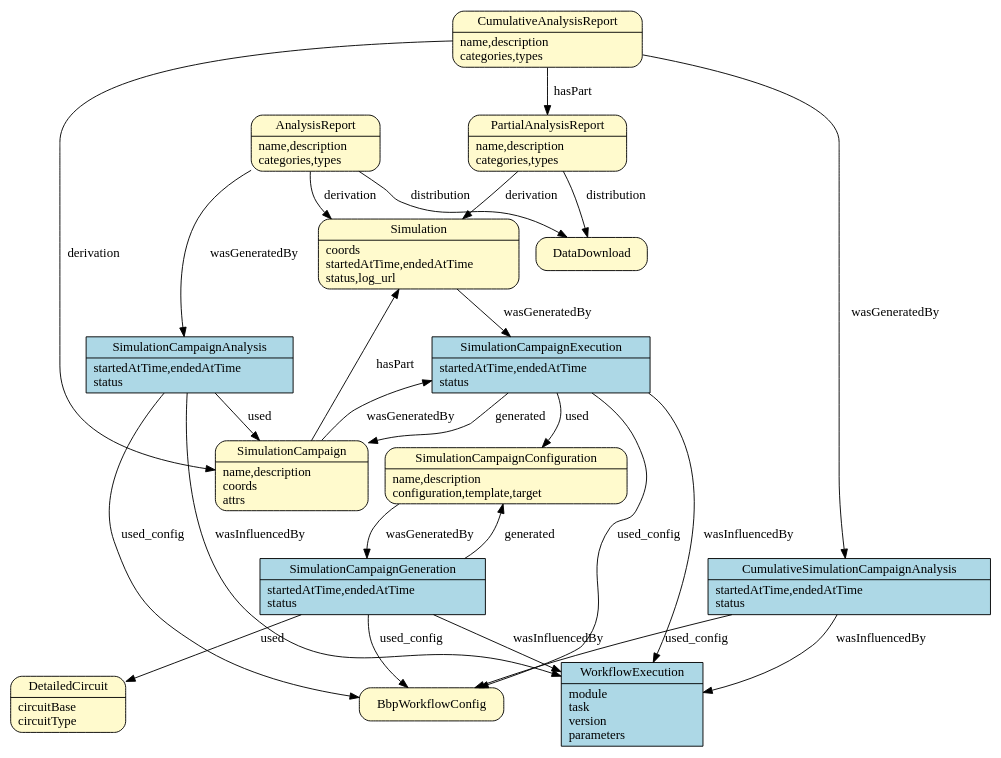
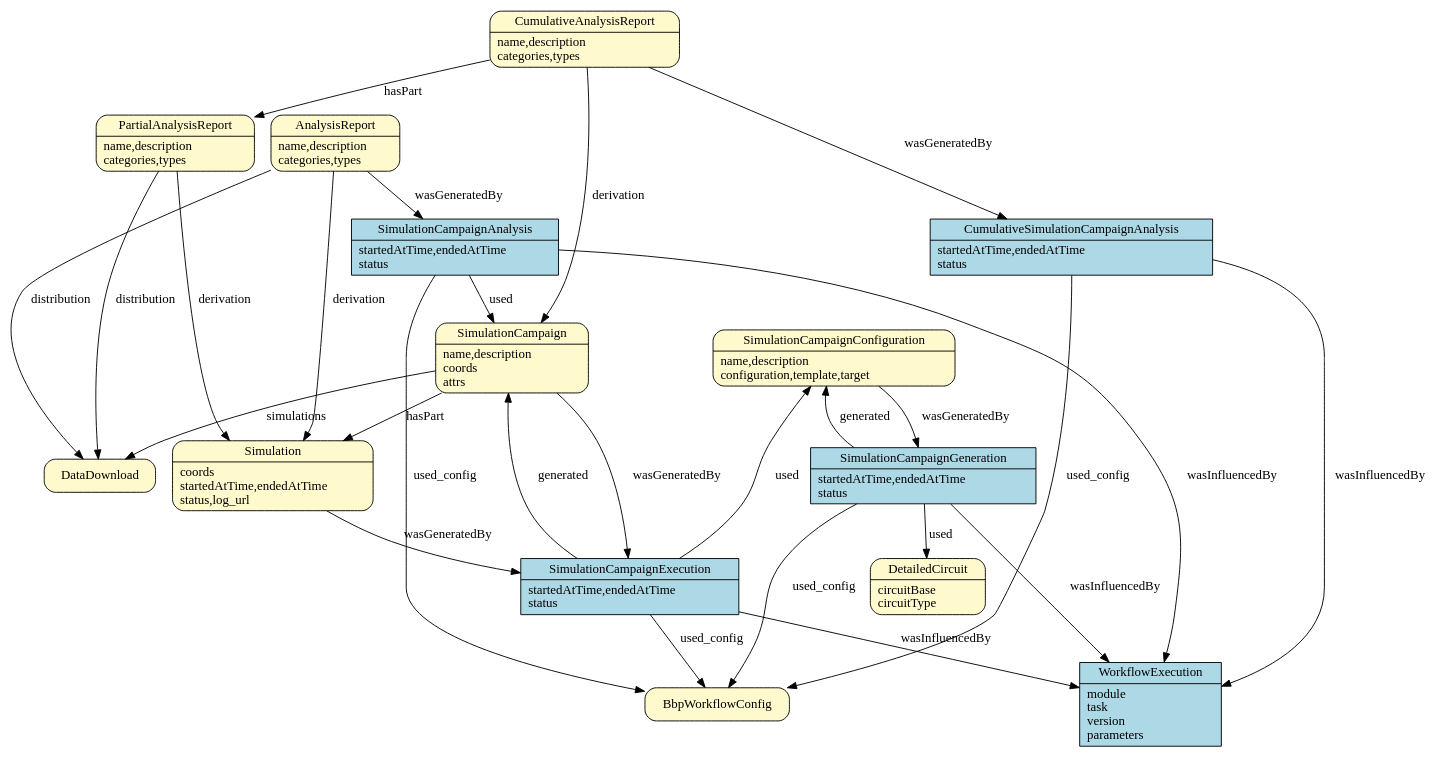
Before and after one commit to BlueBrain/entity-management: the fourth of 4 diagrams in doc/source/prov_patterns.rst, drawn with Graphviz.

Commit message:
Add SimulationCampaign -> simulations -> DataDownload

```diff
--- a/doc/source/prov_patterns.rst
+++ b/doc/source/prov_patterns.rst
@@ -168,6 +168,8 @@
             target = "_top"
         ]
         { rank=same SimulationCampaignConfiguration SimulationCampaign }
+        { rank=same AnalysisReport PartialAnalysisReport }
+        { rank=same SimulationCampaignAnalysis CumulativeSimulationCampaignAnalysis }
         SimulationCampaignGeneration -> BbpWorkflowConfig [label = "used_config"];
         SimulationCampaignGeneration -> DetailedCircuit [label = "used"];
         SimulationCampaignConfiguration -> SimulationCampaignGeneration [label = "wasGeneratedBy"];
@@ -179,6 +181,7 @@
         SimulationCampaignExecution -> WorkflowExecution [label = "wasInfluencedBy"];
         SimulationCampaign -> SimulationCampaignExecution [label = "wasGeneratedBy"];
         SimulationCampaign -> Simulation [label = "hasPart"];
+        SimulationCampaign -> DataDownload [label = "simulations"];
         Simulation -> SimulationCampaignExecution [label = "wasGeneratedBy"];
         SimulationCampaignAnalysis -> BbpWorkflowConfig [label = "used_config"];
         SimulationCampaignAnalysis -> SimulationCampaign [label = "used"];
```
